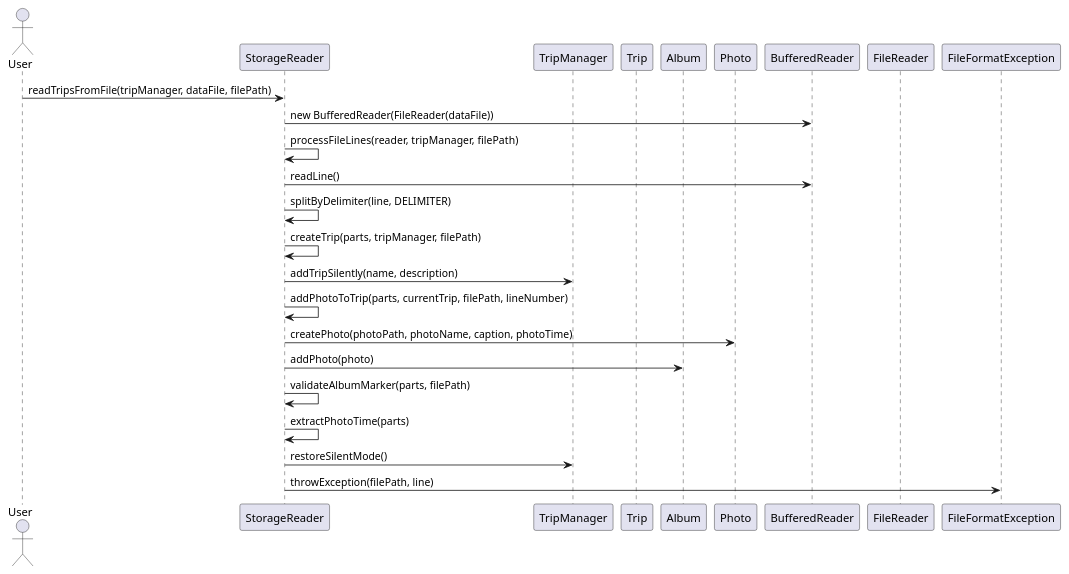
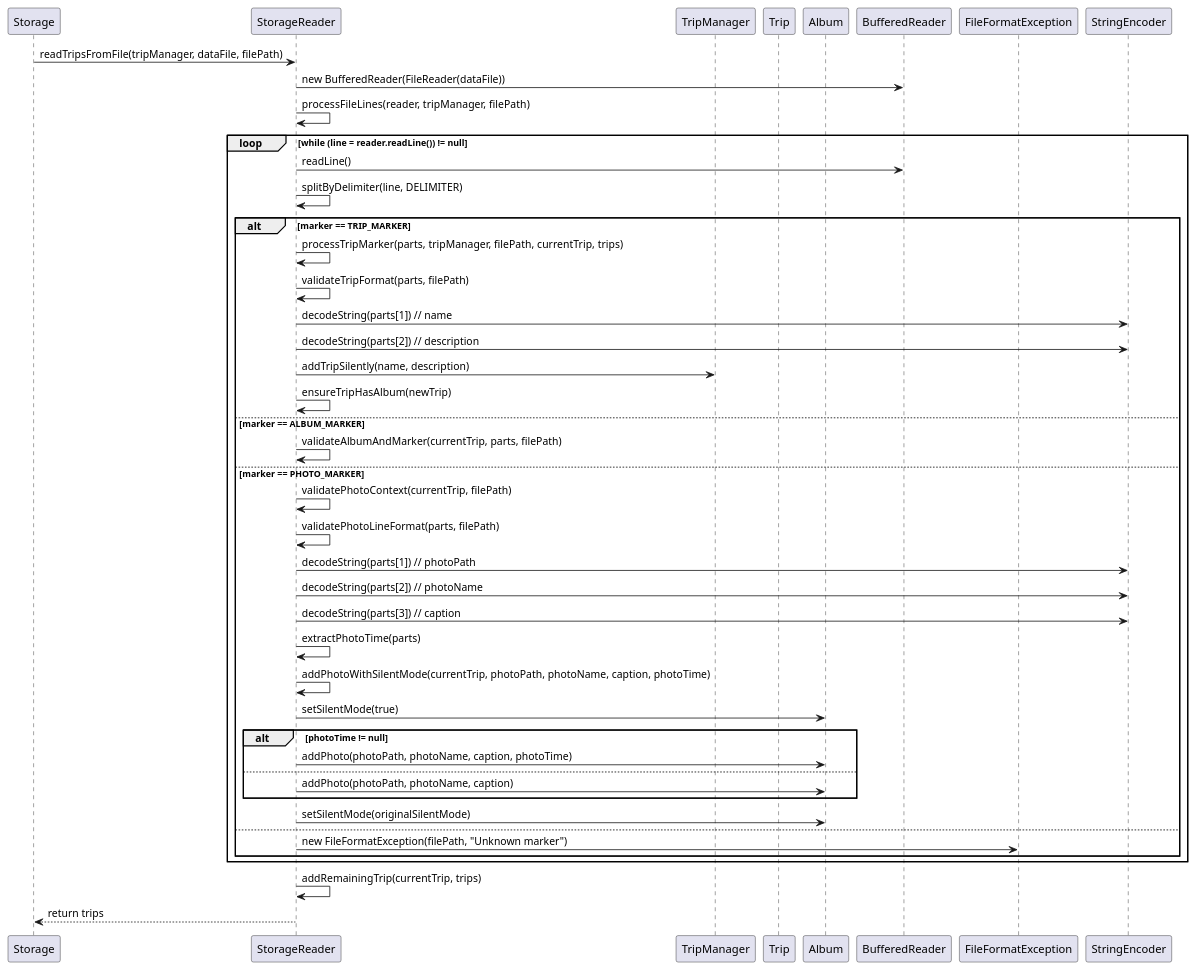
The diagram in docs/puml_files/StorageReader.puml (ojassurana/tp), drawn with PlantUML before and after one commit. The commit also changed 8 other files, not shown here.

```diff
--- a/docs/puml_files/StorageReader.puml
+++ b/docs/puml_files/StorageReader.puml
@@ -1,28 +1,54 @@
 @startuml
-actor User
-
+participant Storage
 participant StorageReader
 participant TripManager
 participant Trip
 participant Album
-participant Photo
 participant BufferedReader
-participant FileReader
 participant FileFormatException
+participant StringEncoder
 
-User -> StorageReader : readTripsFromFile(tripManager, dataFile, filePath)
-StorageReader -> BufferedReader : new BufferedReader(FileReader(dataFile))
-StorageReader -> StorageReader : processFileLines(reader, tripManager, filePath)
-StorageReader -> BufferedReader : readLine()
-StorageReader -> StorageReader : splitByDelimiter(line, DELIMITER)
-StorageReader -> StorageReader : createTrip(parts, tripManager, filePath)
-StorageReader -> TripManager : addTripSilently(name, description)
-StorageReader -> StorageReader : addPhotoToTrip(parts, currentTrip, filePath, lineNumber)
-StorageReader -> Photo : createPhoto(photoPath, photoName, caption, photoTime)
-StorageReader -> Album : addPhoto(photo)
-StorageReader -> StorageReader : validateAlbumMarker(parts, filePath)
-StorageReader -> StorageReader : extractPhotoTime(parts)
-StorageReader -> TripManager : restoreSilentMode()
-StorageReader -> FileFormatException : throwException(filePath, line)
+Storage -> StorageReader: readTripsFromFile(tripManager, dataFile, filePath)
+StorageReader -> BufferedReader: new BufferedReader(FileReader(dataFile))
+StorageReader -> StorageReader: processFileLines(reader, tripManager, filePath)
+
+loop while (line = reader.readLine()) != null
+    StorageReader -> BufferedReader: readLine()
+    StorageReader -> StorageReader: splitByDelimiter(line, DELIMITER)
+
+    alt marker == TRIP_MARKER
+        StorageReader -> StorageReader: processTripMarker(parts, tripManager, filePath, currentTrip, trips)
+        StorageReader -> StorageReader: validateTripFormat(parts, filePath)
+        StorageReader -> StringEncoder: decodeString(parts[1]) // name
+        StorageReader -> StringEncoder: decodeString(parts[2]) // description
+        StorageReader -> TripManager: addTripSilently(name, description)
+        StorageReader -> StorageReader: ensureTripHasAlbum(newTrip)
+
+    else marker == ALBUM_MARKER
+        StorageReader -> StorageReader: validateAlbumAndMarker(currentTrip, parts, filePath)
+
+    else marker == PHOTO_MARKER
+        StorageReader -> StorageReader: validatePhotoContext(currentTrip, filePath)
+        StorageReader -> StorageReader: validatePhotoLineFormat(parts, filePath)
+        StorageReader -> StringEncoder: decodeString(parts[1]) // photoPath
+        StorageReader -> StringEncoder: decodeString(parts[2]) // photoName
+        StorageReader -> StringEncoder: decodeString(parts[3]) // caption
+        StorageReader -> StorageReader: extractPhotoTime(parts)
+        StorageReader -> StorageReader: addPhotoWithSilentMode(currentTrip, photoPath, photoName, caption, photoTime)
+        StorageReader -> Album: setSilentMode(true)
+        alt photoTime != null
+            StorageReader -> Album: addPhoto(photoPath, photoName, caption, photoTime)
+        else
+            StorageReader -> Album: addPhoto(photoPath, photoName, caption)
+        end
+        StorageReader -> Album: setSilentMode(originalSilentMode)
+
+    else
+        StorageReader -> FileFormatException: new FileFormatException(filePath, "Unknown marker")
+    end
+end
+
+StorageReader -> StorageReader: addRemainingTrip(currentTrip, trips)
+StorageReader --> Storage: return trips
 
 @enduml
```
